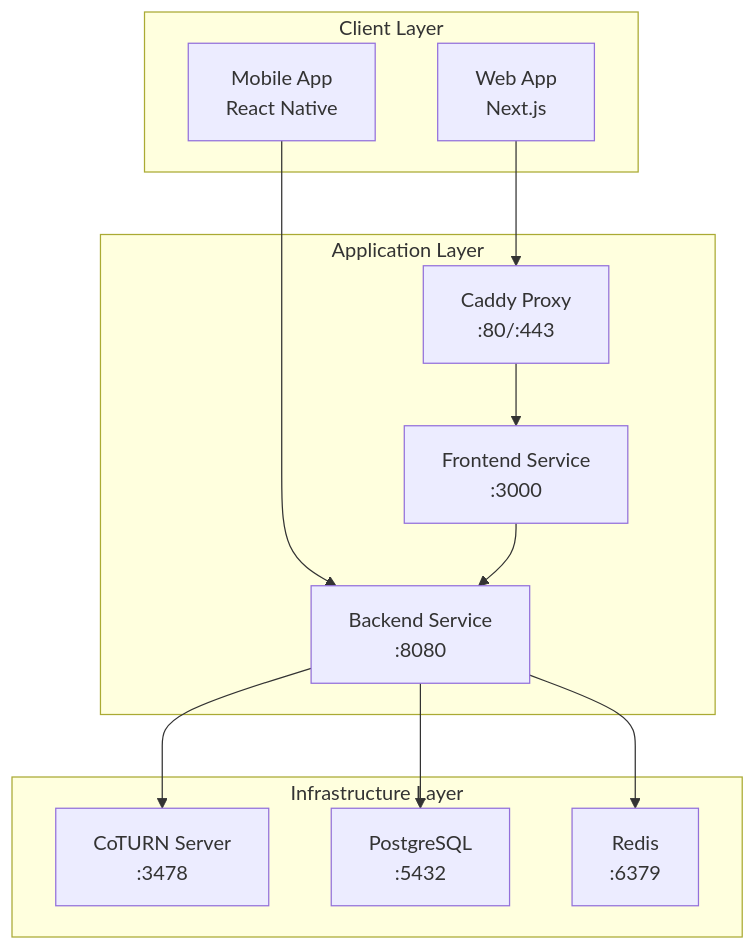
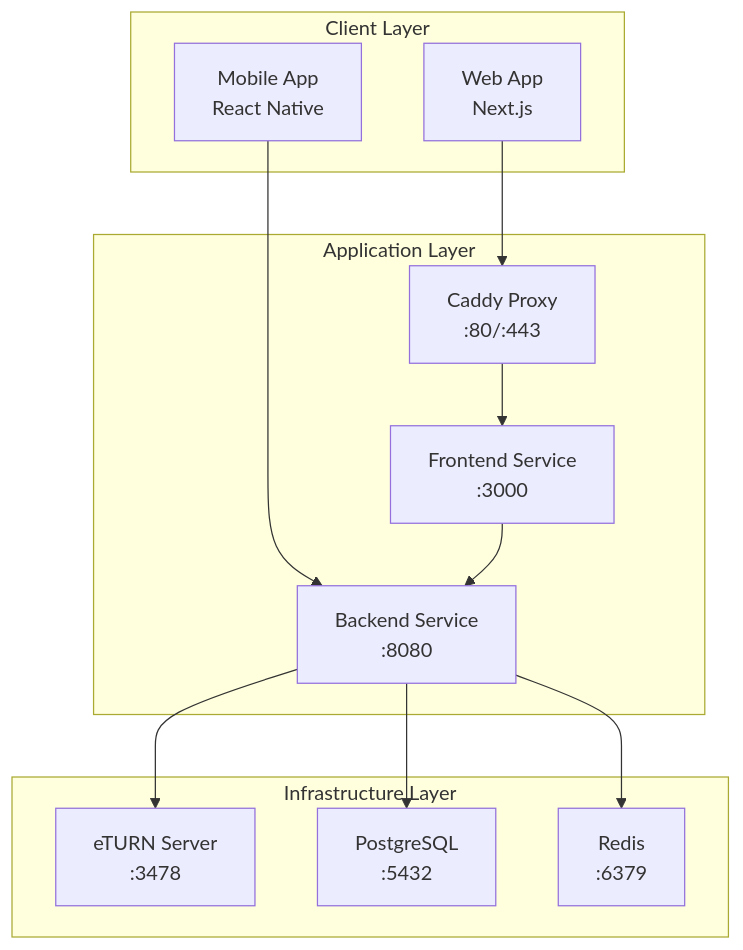
The diagram in README.md (Naimur2/videocallsystem), drawn with Mermaid before and after one commit. The commit also changed other lines of this file and 20 other files, not shown here.

````diff
--- a/README.md
+++ b/README.md
@@ -16,27 +16,27 @@
 ```mermaid
 graph TB
     subgraph "Client Layer"
         WEB[Web App<br/>Next.js]
         MOBILE[Mobile App<br/>React Native]
     end
     
     subgraph "Application Layer"
         PROXY[Caddy Proxy<br/>:80/:443]
         FRONTEND[Frontend Service<br/>:3000]
         BACKEND[Backend Service<br/>:8080]
     end
     
     subgraph "Infrastructure Layer"
-        TURN[CoTURN Server<br/>:3478]
+        TURN[eTURN Server<br/>:3478]
         DB[PostgreSQL<br/>:5432]
         CACHE[Redis<br/>:6379]
     end
     
     WEB --> PROXY
     MOBILE --> BACKEND
     PROXY --> FRONTEND
     FRONTEND --> BACKEND
     BACKEND --> DB
     BACKEND --> CACHE
     BACKEND --> TURN
 ```
````
